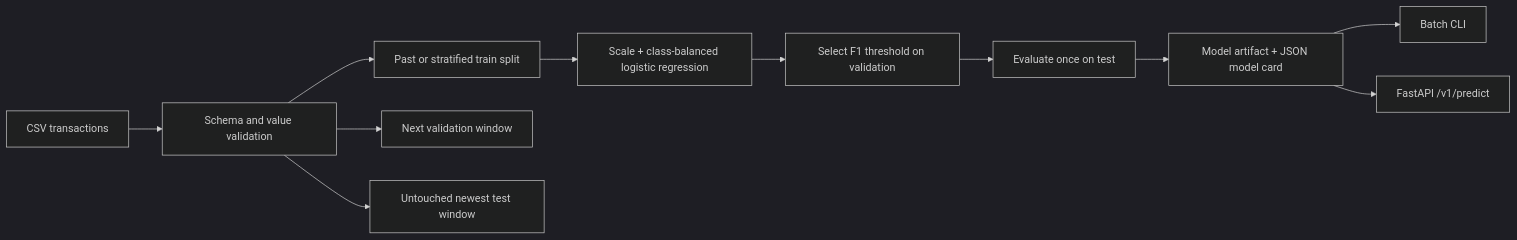
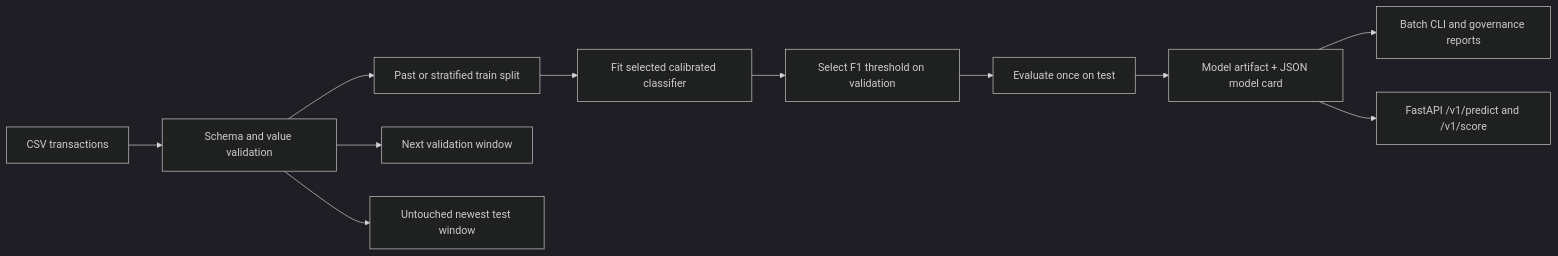
One commit to Mohamed-ahmed-shokry/Credit-Card-Fraud-Detection changed the diagram in README.md. Above: the diagram before and after it, drawn with Mermaid (dark theme). The commit also changed other lines of this file and 4 other files, not shown here.

Commit message:
docs: document governance phase and next roadmap

````diff
--- a/README.md
+++ b/README.md
@@ -37,13 +40,13 @@
 ```mermaid
 flowchart LR
     A[CSV transactions] --> B[Schema and value validation]
     B --> C[Past or stratified train split]
     B --> D[Next validation window]
     B --> E[Untouched newest test window]
-    C --> F[Scale + class-balanced logistic regression]
+    C --> F[Fit selected calibrated classifier]
     F --> G[Select F1 threshold on validation]
     G --> H[Evaluate once on test]
     H --> I[Model artifact + JSON model card]
-    I --> J[Batch CLI]
-    I --> K[FastAPI /v1/predict]
+    I --> J[Batch CLI and governance reports]
+    I --> K[FastAPI /v1/predict and /v1/score]
 ```
````
